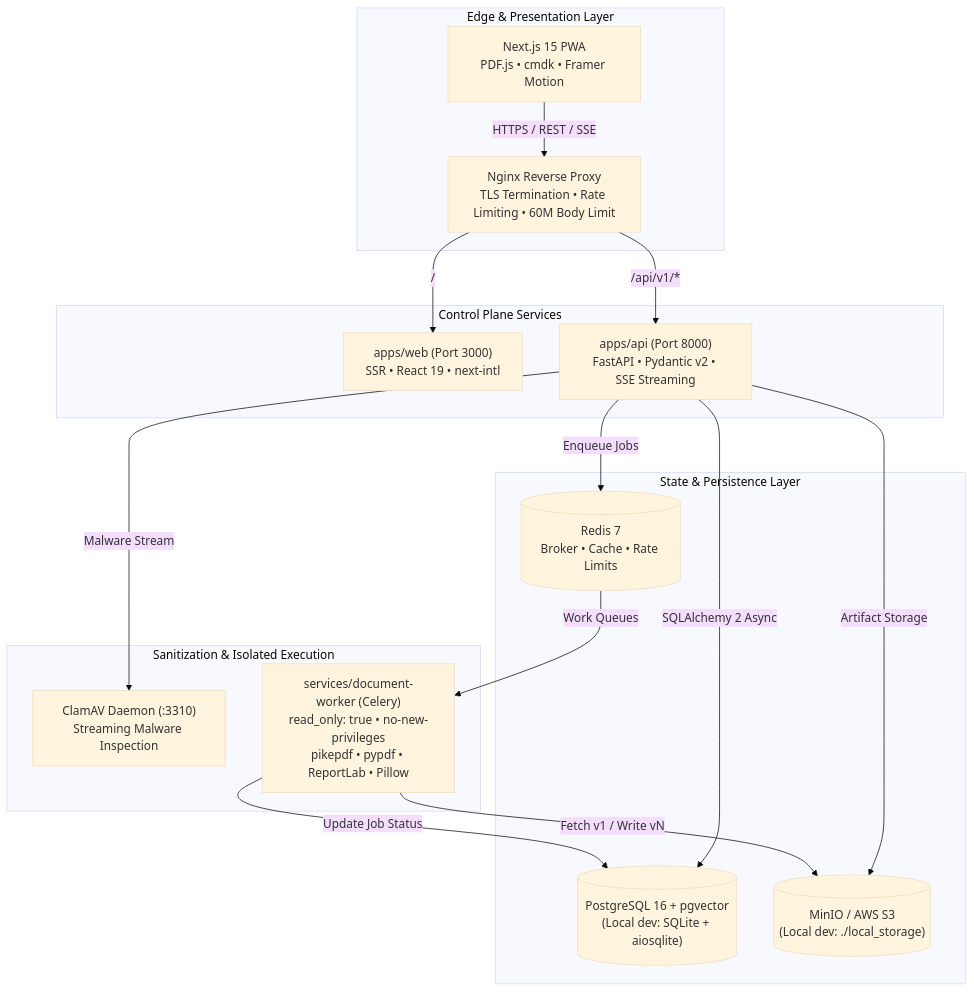
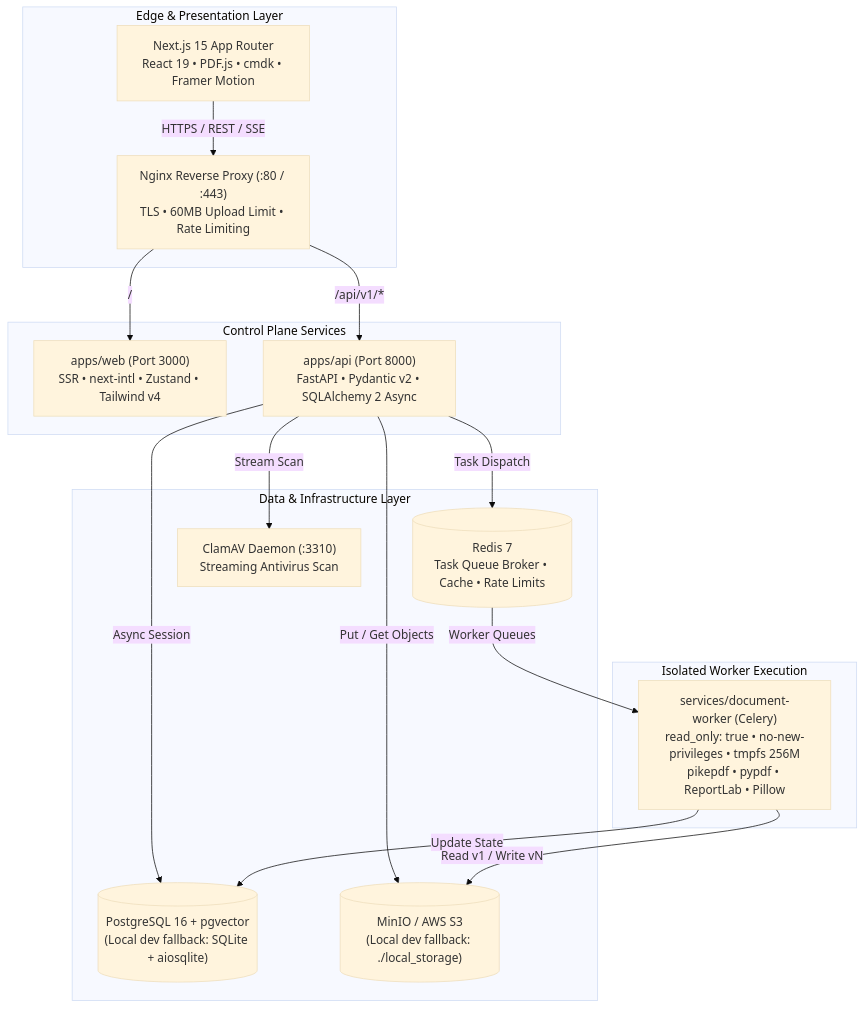
The first of 2 diagrams in README.md (nanthishvaran17/DocuMind-AI), drawn with Mermaid (base theme) before and after one commit. The commit also changed other lines of this file and 2 other files, not shown here.

````diff
--- a/README.md
+++ b/README.md
@@ -71,34 +121,34 @@
 ```mermaid
 flowchart TB
-    subgraph ClientLayer["Edge & Presentation Layer"]
-        Browser["Next.js 15 PWA<br/>PDF.js • cmdk • Framer Motion"]
-        Proxy["Nginx Reverse Proxy<br/>TLS Termination • Rate Limiting • 60M Body Limit"]
-        Browser -->|HTTPS / REST / SSE| Proxy
+    subgraph Client["Edge & Presentation Layer"]
+        Browser["Next.js 15 App Router<br/>React 19 • PDF.js • cmdk • Framer Motion"]
+        Nginx["Nginx Reverse Proxy (:80 / :443)<br/>TLS • 60MB Upload Limit • Rate Limiting"]
+        Browser -->|HTTPS / REST / SSE| Nginx
     end
 
-    subgraph ControlPlane["Control Plane Services"]
-        Web["apps/web (Port 3000)<br/>SSR • React 19 • next-intl"]
-        API["apps/api (Port 8000)<br/>FastAPI • Pydantic v2 • SSE Streaming"]
-        Proxy -->|"/"| Web
-        Proxy -->|"/api/v1/*"| API
+    subgraph AppLayer["Control Plane Services"]
+        Web["apps/web (Port 3000)<br/>SSR • next-intl • Zustand • Tailwind v4"]
+        API["apps/api (Port 8000)<br/>FastAPI • Pydantic v2 • SQLAlchemy 2 Async"]
+        Nginx -->|"/"| Web
+        Nginx -->|"/api/v1/*"| API
     end
 
-    subgraph SecurityExecution["Sanitization & Isolated Execution"]
-        ClamAV["ClamAV Daemon (:3310)<br/>Streaming Malware Inspection"]
-        Worker["services/document-worker (Celery)<br/>read_only: true • no-new-privileges<br/>pikepdf • pypdf • ReportLab • Pillow"]
+    subgraph Sandbox["Isolated Worker Execution"]
+        Worker["services/document-worker (Celery)<br/>read_only: true • no-new-privileges • tmpfs 256M<br/>pikepdf • pypdf • ReportLab • Pillow"]
     end
 
-    subgraph StorageData["State & Persistence Layer"]
-        DB[("PostgreSQL 16 + pgvector<br/>(Local dev: SQLite + aiosqlite)")]
-        Redis[("Redis 7<br/>Broker • Cache • Rate Limits")]
-        S3[("MinIO / AWS S3<br/>(Local dev: ./local_storage)")]
+    subgraph Storage["Data & Infrastructure Layer"]
+        DB[("PostgreSQL 16 + pgvector<br/>(Local dev fallback: SQLite + aiosqlite)")]
+        Redis[("Redis 7<br/>Task Queue Broker • Cache • Rate Limits")]
+        S3[("MinIO / AWS S3<br/>(Local dev fallback: ./local_storage)")]
+        ClamAV["ClamAV Daemon (:3310)<br/>Streaming Antivirus Scan"]
     end
 
-    API -->|"SQLAlchemy 2 Async"| DB
-    API -->|"Enqueue Jobs"| Redis
-    API -->|"Malware Stream"| ClamAV
-    API -->|"Artifact Storage"| S3
-    Redis -->|"Work Queues"| Worker
-    Worker -->|"Fetch v1 / Write vN"| S3
-    Worker -->|"Update Job Status"| DB
+    API -->|"Async Session"| DB
+    API -->|"Task Dispatch"| Redis
+    API -->|"Stream Scan"| ClamAV
+    API -->|"Put / Get Objects"| S3
+    Redis -->|"Worker Queues"| Worker
+    Worker -->|"Read v1 / Write vN"| S3
+    Worker -->|"Update State"| DB
 ```
````
